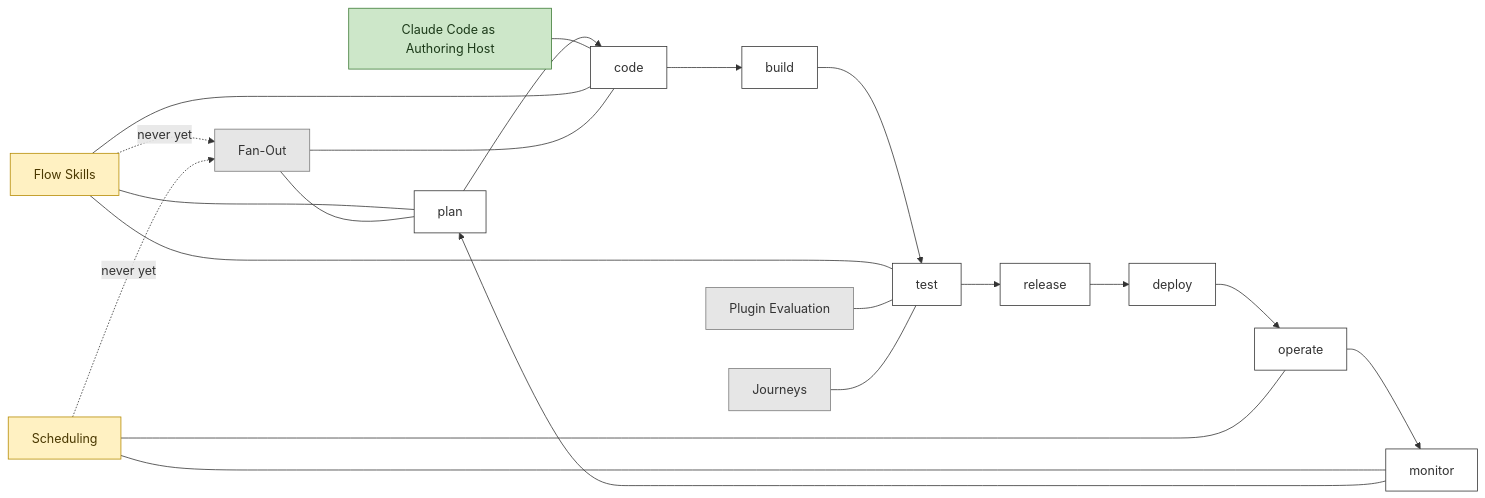
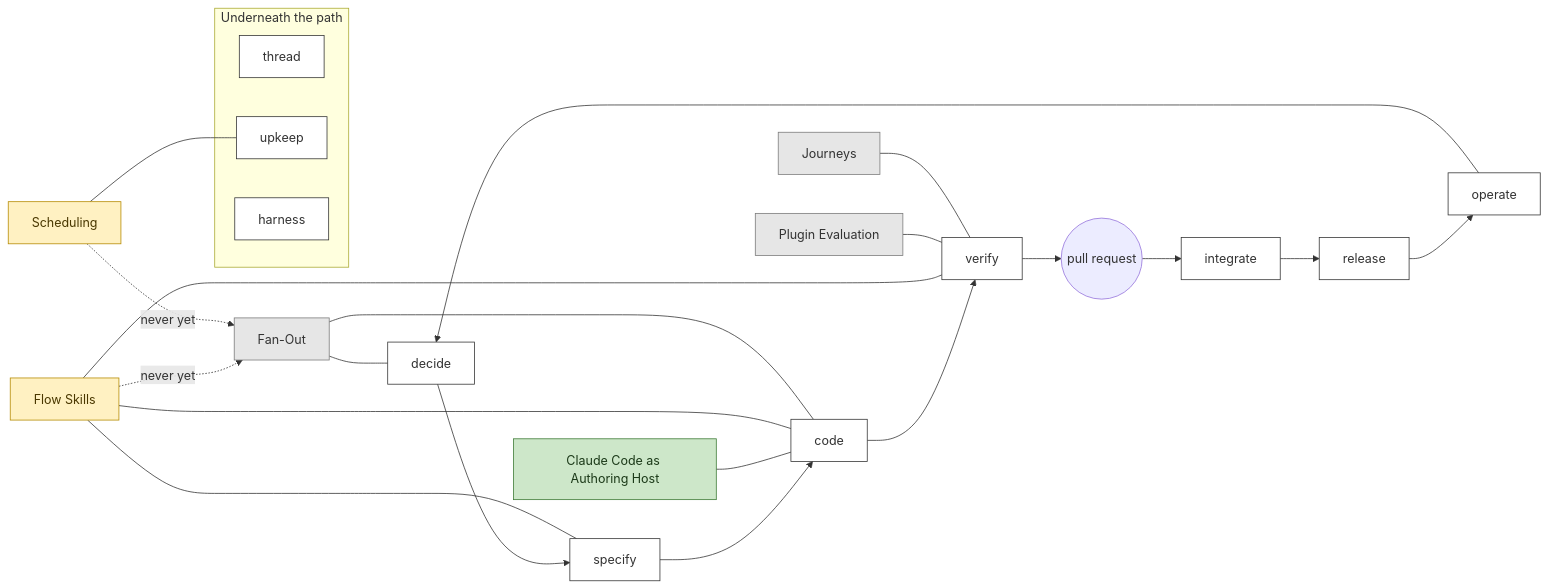
One commit to JSdotNet/devbook changed the diagram in .devbook/ai/adoption-map.md. Above: the diagram before and after it, drawn with Mermaid. The commit also changed other lines of this file and 23 other files, not shown here.

First line of the commit message:
feat(devbook): place ai/ chapters on a seven-stage delivery path

````diff
--- a/.devbook/ai/adoption-map.md
+++ b/.devbook/ai/adoption-map.md
@@ -34,24 +37,28 @@
 ```mermaid
 graph LR
-  plan --> code --> build --> test --> release --> deploy --> operate --> monitor --> plan
+  decide --> specify --> code --> verify --> pr((pull request)) --> integrate --> release --> operate --> decide
+  subgraph layers[Underneath the path]
+    thread[thread]
+    upkeep[upkeep]
+    harness[harness]
+  end
   host[Claude Code as Authoring Host] --- code
-  flows[Flow Skills] --- plan
+  flows[Flow Skills] --- specify
   flows --- code
-  flows --- test
-  fanout[Fan-Out] --- plan
+  flows --- verify
+  fanout[Fan-Out] --- decide
   fanout --- code
-  schedule[Scheduling] --- operate
-  schedule --- monitor
-  eval[Plugin Evaluation] --- test
-  scenarios[Journeys] --- test
+  schedule[Scheduling] --- upkeep
+  eval[Plugin Evaluation] --- verify
+  scenarios[Journeys] --- verify
   flows -. never yet .-> fanout
   schedule -. never yet .-> fanout
   classDef stage fill:#fff,stroke:#333,color:#333;
   classDef adopted fill:#cde7c9,stroke:#3c7a35,color:#1c3a19;
   classDef trial fill:#fff1c2,stroke:#b58a00,color:#4a3800;
   classDef candidate fill:#e6e6e6,stroke:#7a7a7a,color:#333;
-  class plan,code,build,test,release,deploy,operate,monitor stage;
+  class decide,specify,code,verify,integrate,release,operate,thread,upkeep,harness stage;
   class host adopted;
   class flows,schedule trial;
   class fanout,eval,scenarios candidate;
 ```
````
